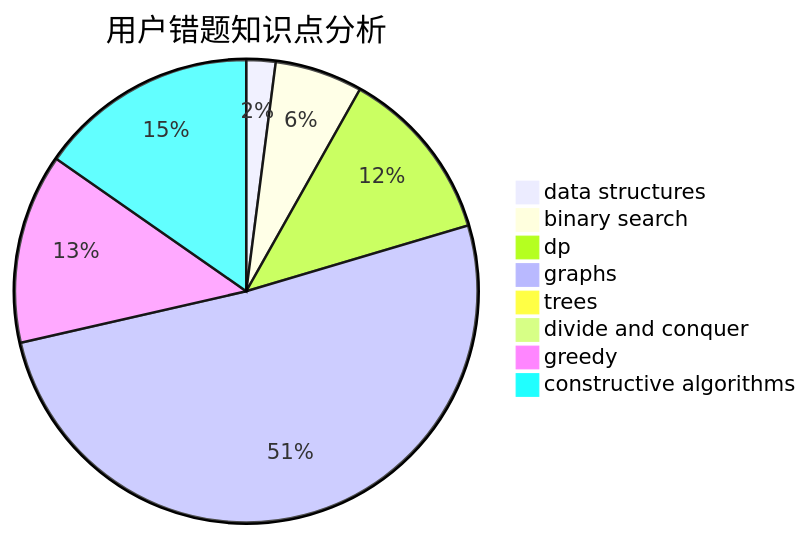
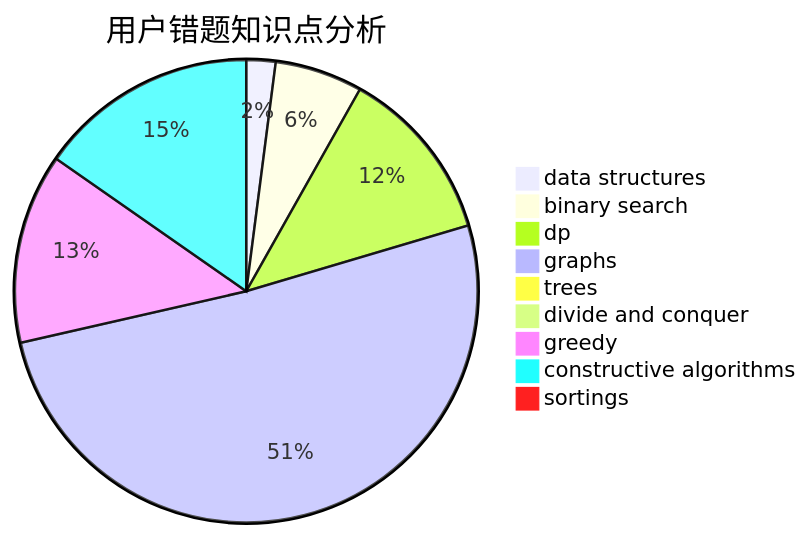
One commit to sherpahu/cfrs.github.io changed the third of 3 diagrams in docs/user/u792.md. Above: the diagram before and after it, drawn with Mermaid. The commit also changed other lines of this file and 2769 other files, not shown here.

````diff
--- a/docs/user/u792.md
+++ b/docs/user/u792.md
@@ -36,11 +32,12 @@
 ```mermaid
 pie title 用户错题知识点分析
     "data structures" :  2
     "binary search" :  6
     "dp" :  12
     "graphs" :  50
     "trees" :  0
     "divide and conquer" :  0
     "greedy" :  13
     "constructive algorithms" :  15
+    "sortings" :  0
 ```
````
